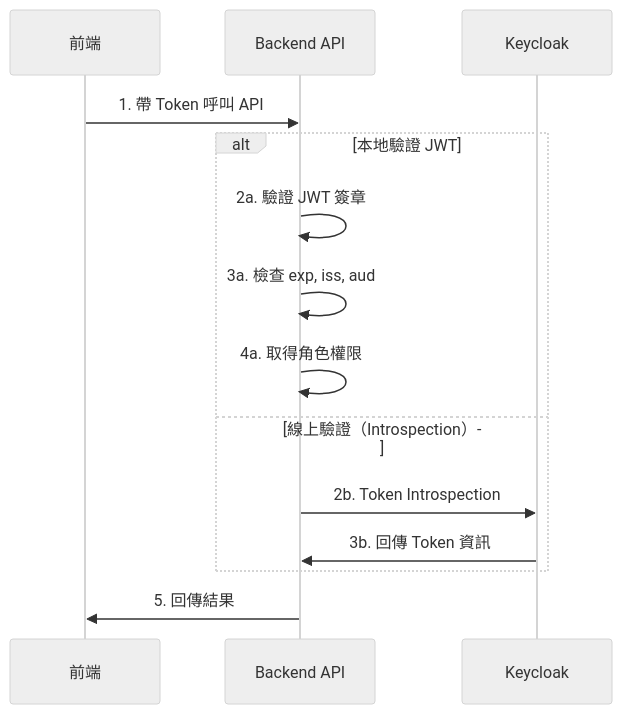
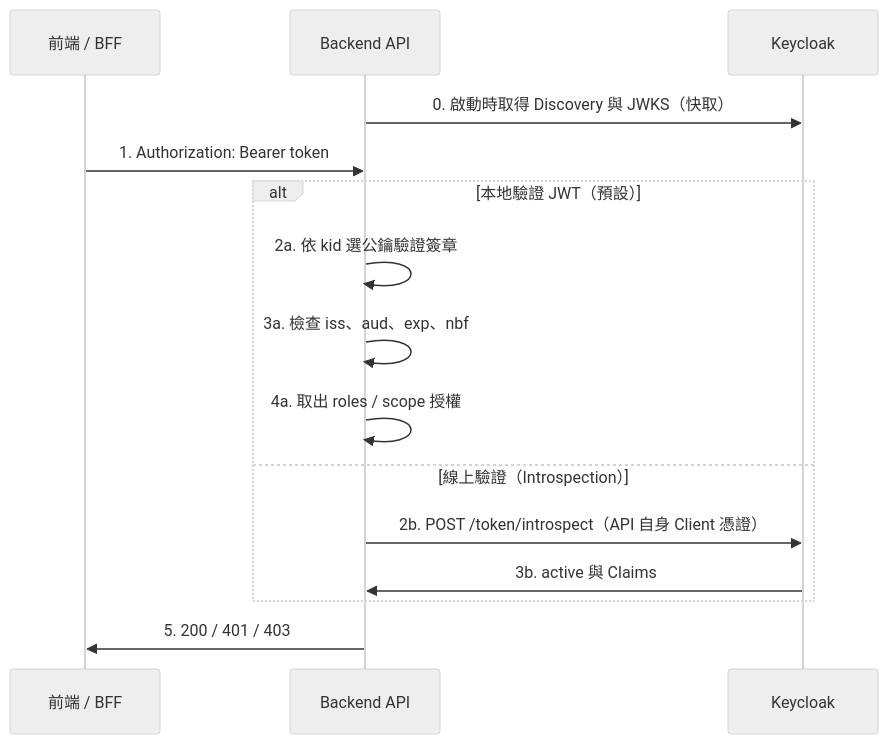
Diagram 12 of 19 in content/posts/教學/工具/Keycloak教學手冊.md (chihhung/Blog), drawn with Mermaid (neutral theme) before and after one commit. The commit also changed other lines of this file and 10 other files, not shown here.

````diff
--- a/content/posts/教學/工具/Keycloak教學手冊.md
+++ b/content/posts/教學/工具/Keycloak教學手冊.md
@@ -1143,19 +2351,20 @@
 ```mermaid
 sequenceDiagram
-    participant FE as 前端
+    participant FE as 前端 / BFF
     participant API as Backend API
     participant KC as Keycloak
-    
-    FE->>API: 1. 帶 Token 呼叫 API
-    
-    alt 本地驗證 JWT
-        API->>API: 2a. 驗證 JWT 簽章
-        API->>API: 3a. 檢查 exp, iss, aud
-        API->>API: 4a. 取得角色權限
+
+    API->>KC: 0. 啟動時取得 Discovery 與 JWKS（快取）
+    FE->>API: 1. Authorization: Bearer token
+
+    alt 本地驗證 JWT（預設）
+        API->>API: 2a. 依 kid 選公鑰驗證簽章
+        API->>API: 3a. 檢查 iss、aud、exp、nbf
+        API->>API: 4a. 取出 roles / scope 授權
     else 線上驗證（Introspection）
-        API->>KC: 2b. Token Introspection
-        KC->>API: 3b. 回傳 Token 資訊
+        API->>KC: 2b. POST /token/introspect（API 自身 Client 憑證）
+        KC->>API: 3b. active 與 Claims
     end
-    
-    API->>FE: 5. 回傳結果
+
+    API->>FE: 5. 200 / 401 / 403
 ```
````
